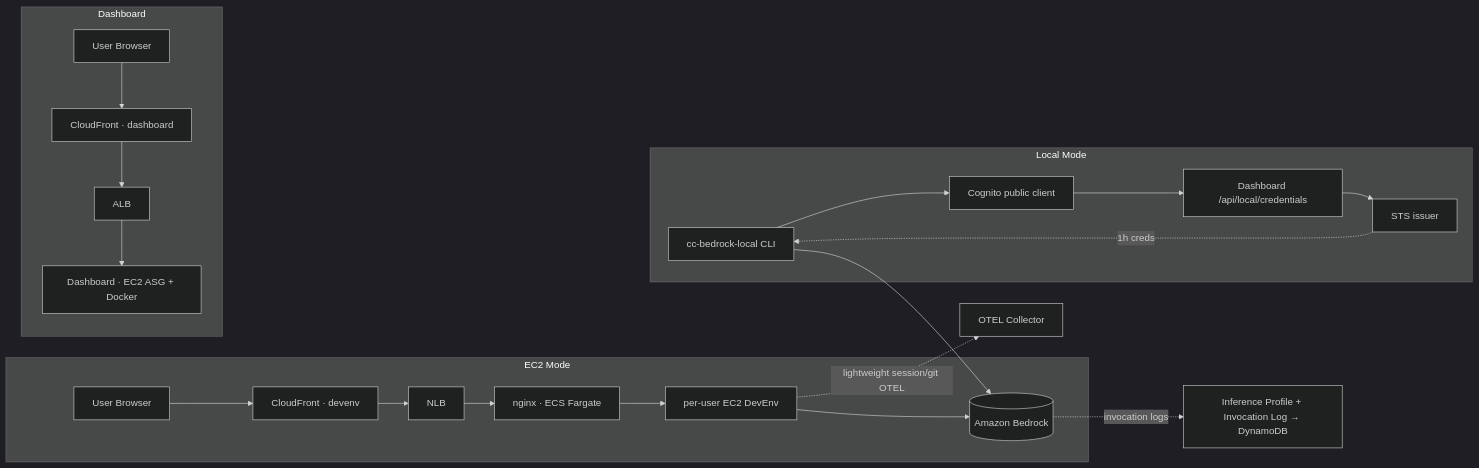
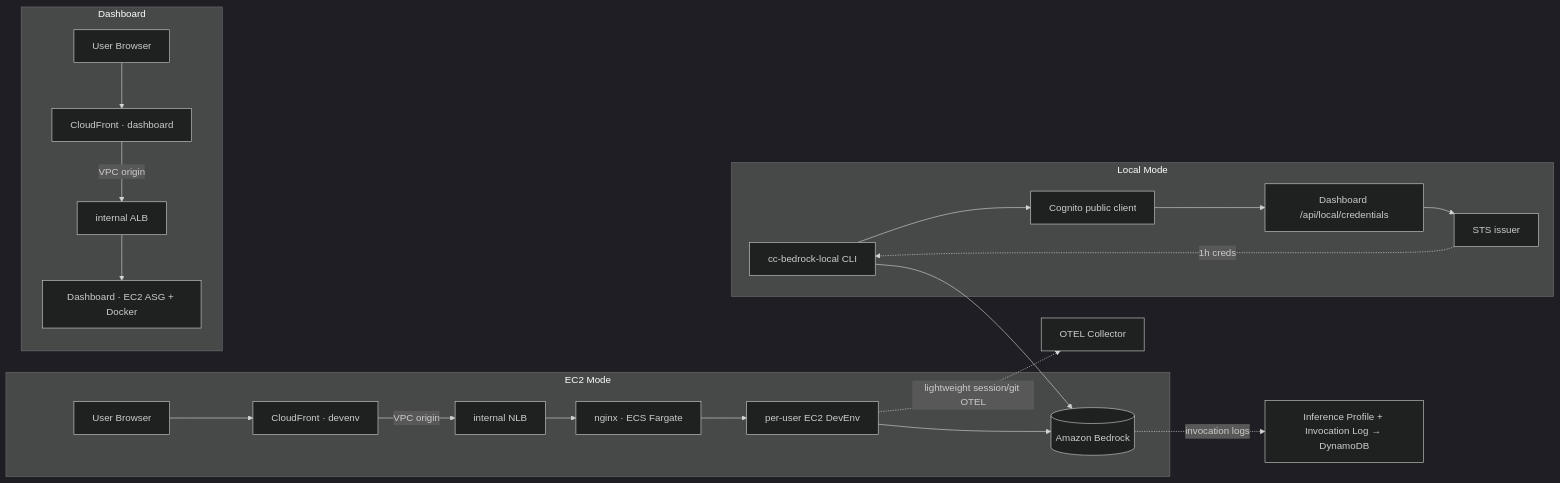
One commit to Atom-oh/cc-on-bedrock changed the diagram in docs/architecture.md. Above: the diagram before and after it, drawn with Mermaid (dark theme). The commit also changed other lines of this file and 10 other files, not shown here.

First line of the commit message:
feat(terraform): deploy into an existing VPC with internal LBs behind CloudFront VPC origins

````diff
--- a/docs/architecture.md
+++ b/docs/architecture.md
@@ -23,17 +23,17 @@
 ```mermaid
 graph LR
   subgraph EC2 Mode
-    U1[User Browser] --> CFd[CloudFront · devenv] --> NLB --> NG[nginx · ECS Fargate] --> EC2[per-user EC2 DevEnv]
+    U1[User Browser] --> CFd[CloudFront · devenv] -->|VPC origin| NLB[internal NLB] --> NG[nginx · ECS Fargate] --> EC2[per-user EC2 DevEnv]
     EC2 --> BR[(Amazon Bedrock)]
   end
   subgraph Dashboard
-    U2[User Browser] --> CFa[CloudFront · dashboard] --> ALB --> DASH[Dashboard · EC2 ASG + Docker]
+    U2[User Browser] --> CFa[CloudFront · dashboard] -->|VPC origin| ALB[internal ALB] --> DASH[Dashboard · EC2 ASG + Docker]
   end
   subgraph Local Mode
     L[cc-bedrock-local CLI] --> CG[Cognito public client] --> API[Dashboard /api/local/credentials] --> STS[STS issuer]
     STS -. 1h creds .-> L
     L --> BR
   end
   EC2 -. lightweight session/git OTEL .-> OT[OTEL Collector]
   BR -. invocation logs .-> AGG[Inference Profile + Invocation Log → DynamoDB]
 ```
````
